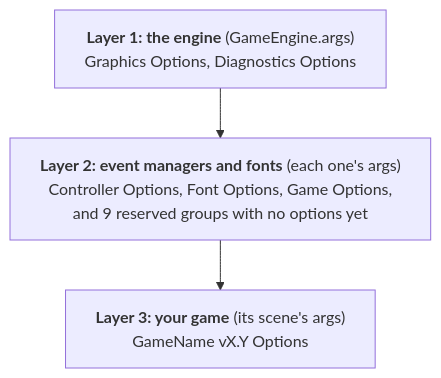
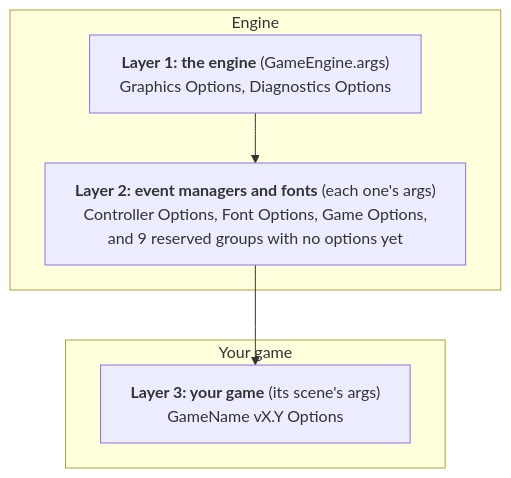
One commit to terrysimons/glitchygames changed the second of 4 diagrams in docs/architecture/argument_system.md. Above: the diagram before and after it, drawn with Mermaid. The commit also changed other lines of this file and 5 other files, not shown here.

First line of the commit message:
Docs: every diagram that mixes engine and game code shows the split

````diff
--- a/docs/architecture/argument_system.md
+++ b/docs/architecture/argument_system.md
@@ -58,8 +63,12 @@
 ```mermaid
 %%{init: {"flowchart": {"wrappingWidth": 500}}}%%
 flowchart TB
-    L1["<b>Layer 1: the engine</b> (GameEngine.args)<br/>Graphics Options, Diagnostics Options"]
-    L2["<b>Layer 2: event managers and fonts</b> (each one's args)<br/>Controller Options, Font Options, Game Options,<br/>and 9 reserved groups with no options yet"]
-    L3["<b>Layer 3: your game</b> (its scene's args)<br/>GameName vX.Y Options"]
+    subgraph ENGINE_ARGUMENT_LAYERS["Engine"]
+        L1["<b>Layer 1: the engine</b> (GameEngine.args)<br/>Graphics Options, Diagnostics Options"]
+        L2["<b>Layer 2: event managers and fonts</b> (each one's args)<br/>Controller Options, Font Options, Game Options,<br/>and 9 reserved groups with no options yet"]
+    end
+    subgraph GAME_ARGUMENT_LAYERS["Your game"]
+        L3["<b>Layer 3: your game</b> (its scene's args)<br/>GameName vX.Y Options"]
+    end
     L1 --> L2 --> L3
 ```
````
